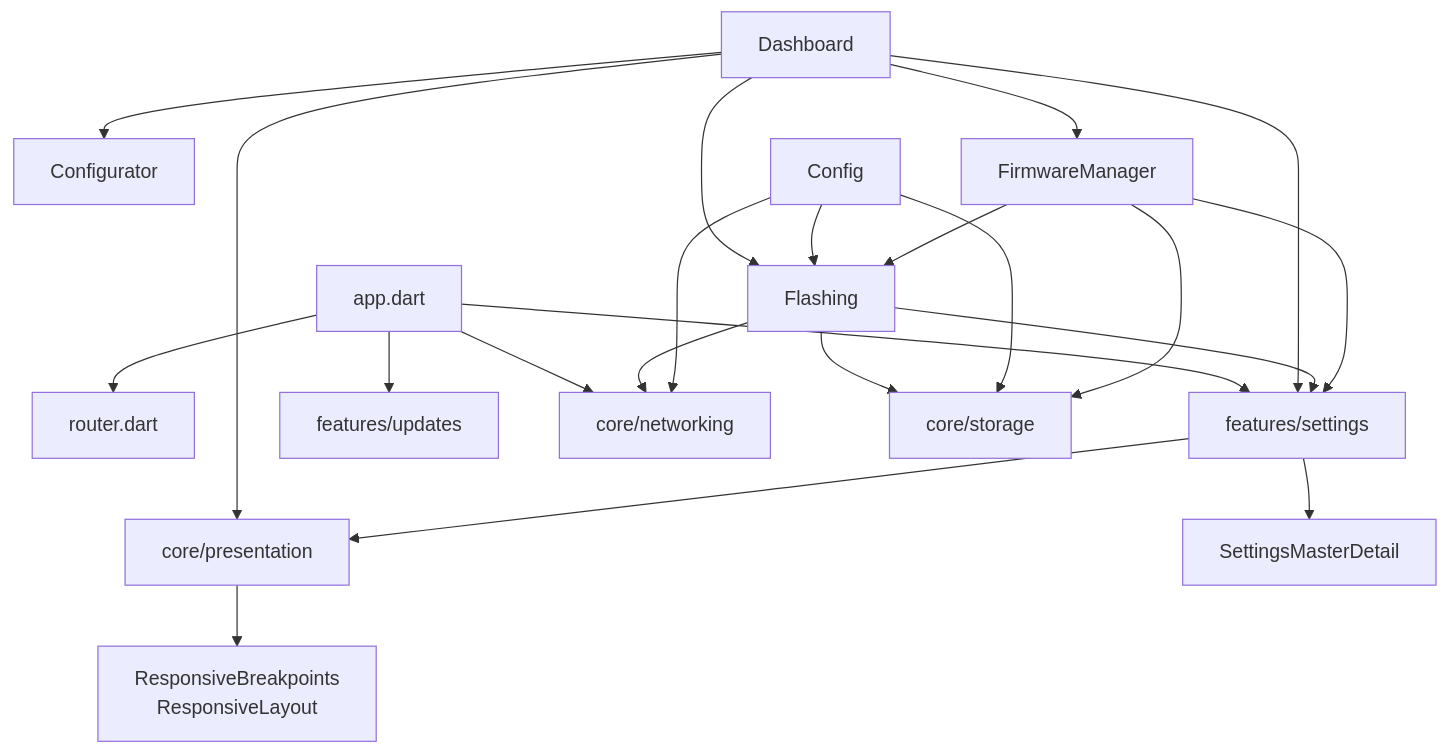
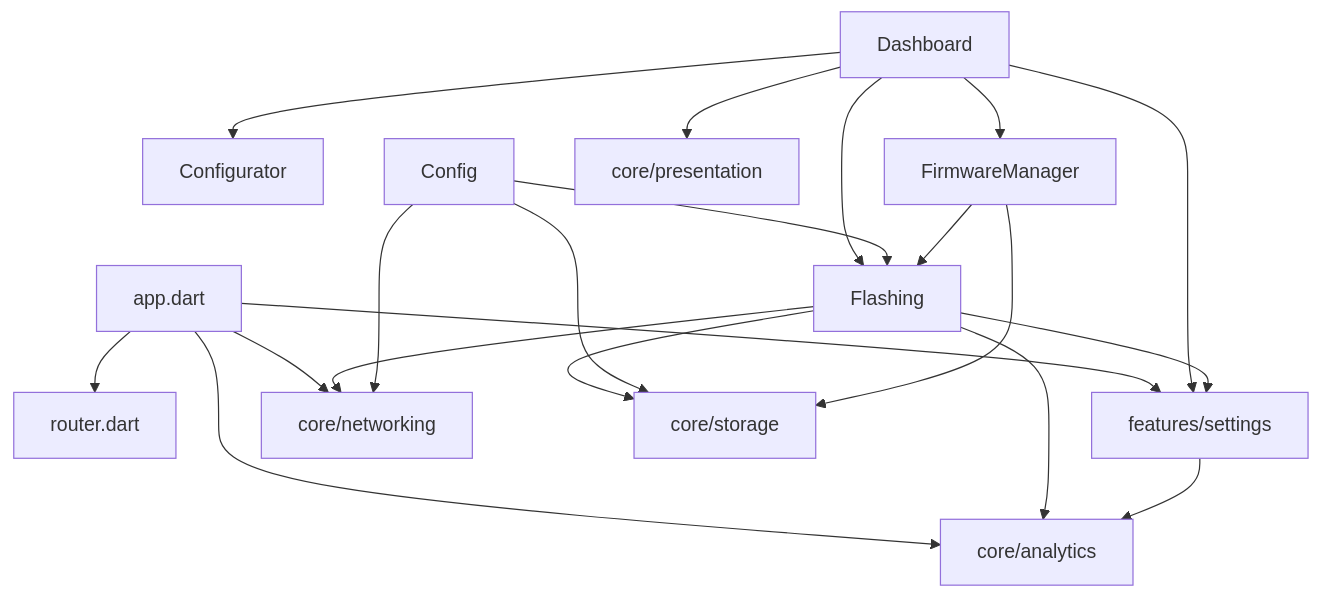
Before and after one commit to wbhinton/ELRS-Mobile: the diagram in .rp1/context/modules.md, drawn with Mermaid. The commit also changed other lines of this file and 14 other files, not shown here.

Commit message:
feat: Implement native WiFi binding and update documentation to reflect new networking architecture and analytics, alongside adding a screenshot scaling utility.

````diff
--- a/.rp1/context/modules.md
+++ b/.rp1/context/modules.md
@@ -142,30 +110,27 @@
 ```mermaid
 graph TD
     App[app.dart] --> Router[router.dart]
     App --> Settings[features/settings]
-    App --> Updates[features/updates]
     App --> Networking[core/networking]
+    App --> Analytics[core/analytics]
     
     Dashboard --> Settings
     Dashboard --> Flashing
     Dashboard --> Configurator
     Dashboard --> FirmwareManager
     Dashboard --> Presentation[core/presentation]
     
-    Presentation --> Responsive[ResponsiveBreakpoints<br/>ResponsiveLayout]
-    
-    Settings --> Presentation
-    Settings --> MasterDetail[SettingsMasterDetail]
-    
     Flashing --> Storage[core/storage]
     Flashing --> Networking
     Flashing --> Settings
+    Flashing --> Analytics
     
     Config --> Networking
     Config --> Storage
     Config --> Flashing
     
+    Settings --> Analytics
+    
     FirmwareManager --> Storage
     FirmwareManager --> Flashing
-    FirmwareManager --> Settings
 ```
````
